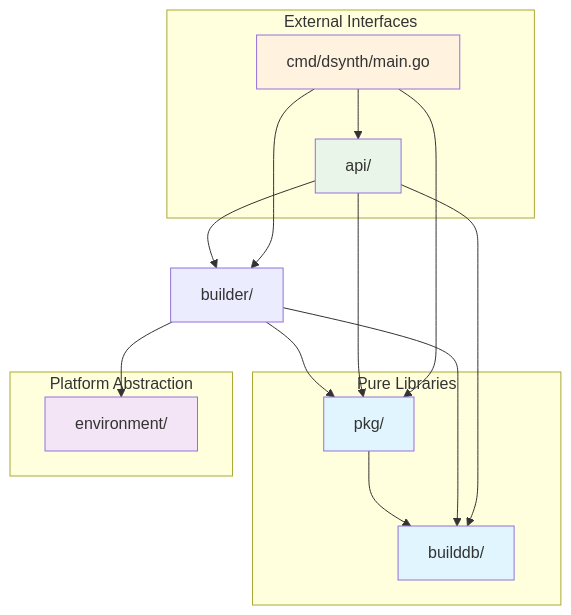
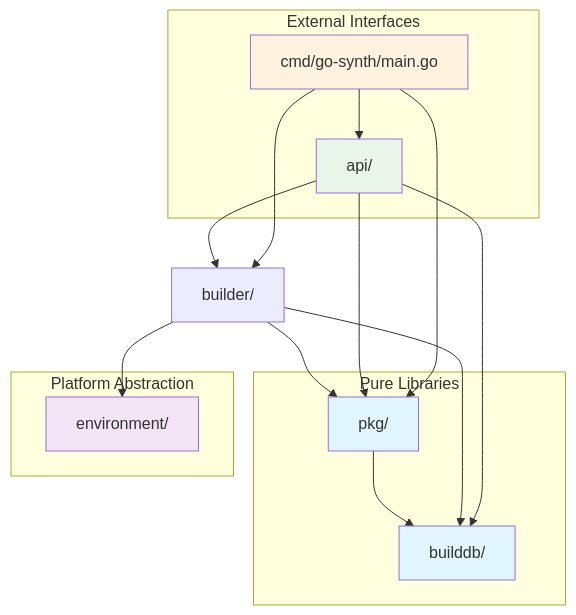
One commit to tuxillo/go-synth changed the second of 3 diagrams in docs/design/IDEAS.md. Above: the diagram before and after it, drawn with Mermaid. The commit also changed other lines of this file and 78 other files, not shown here.

````diff
--- a/docs/design/IDEAS.md
+++ b/docs/design/IDEAS.md
@@ -113,36 +113,36 @@
 ```mermaid
 graph TB
-    CLI[cmd/dsynth/main.go] --> API[api/]
+    CLI[cmd/go-synth/main.go] --> API[api/]
     CLI --> Builder[builder/]
     CLI --> Pkg[pkg/]
     
     API --> Builder
     API --> Pkg
     API --> BuildDB[builddb/]
     
     Builder --> Pkg
     Builder --> BuildDB
     Builder --> Env[environment/]
     
     Pkg --> BuildDB
     
     subgraph "Pure Libraries"
         Pkg
         BuildDB
     end
     
     subgraph "Platform Abstraction"
         Env
     end
     
     subgraph "External Interfaces"
         API
         CLI
     end
     
     style Pkg fill:#e1f5fe
     style BuildDB fill:#e1f5fe
     style Env fill:#f3e5f5
     style API fill:#e8f5e8
     style CLI fill:#fff3e0
 ```
````
